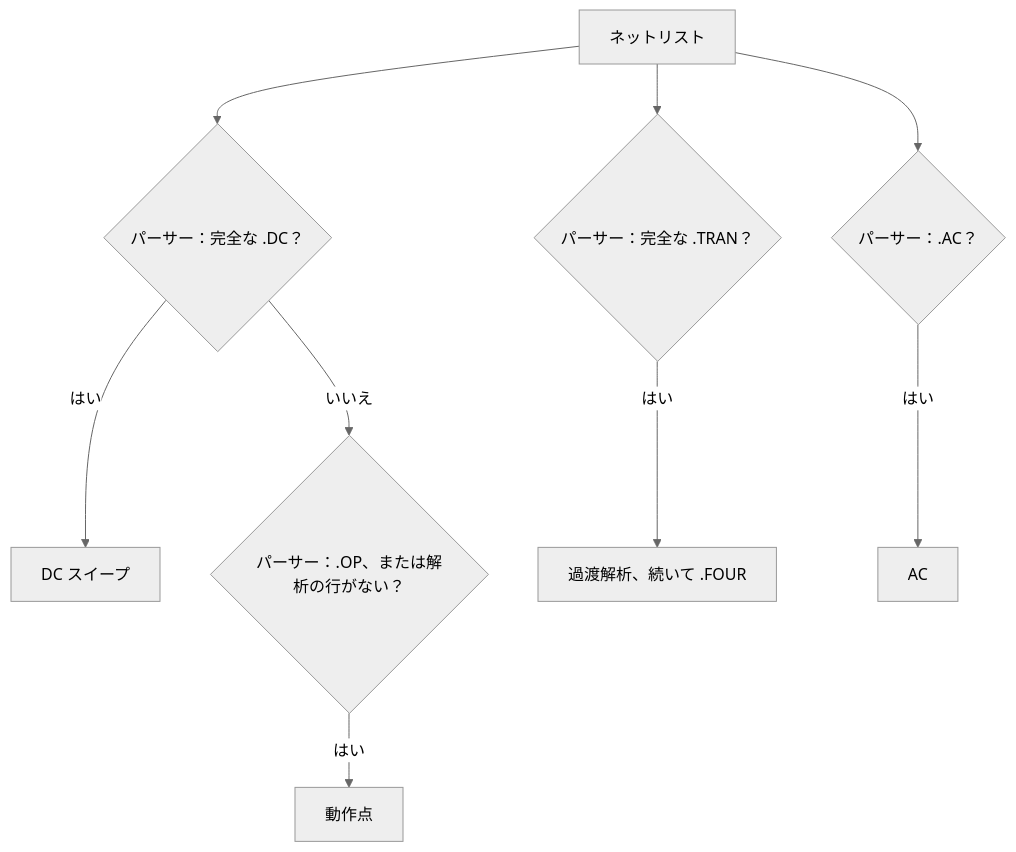
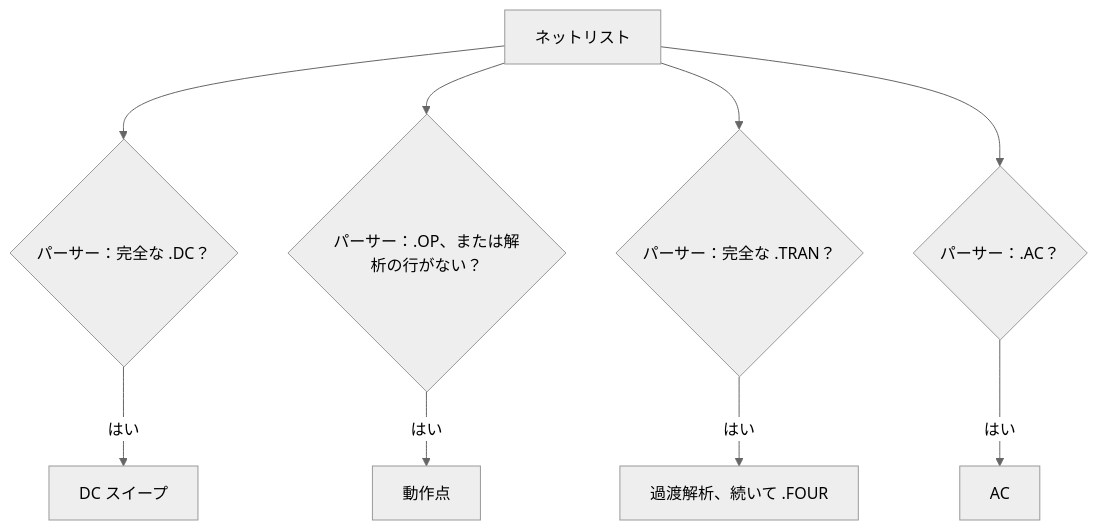
One commit to kurochan001/kirimaspice changed the second of 2 diagrams in docs/REFERENCE_MANUAL.ja.md. Above: the diagram before and after it, drawn with Mermaid (neutral theme). The commit also changed other lines of this file and 13 other files, not shown here.

````diff
--- a/docs/REFERENCE_MANUAL.ja.md
+++ b/docs/REFERENCE_MANUAL.ja.md
@@ -429,11 +429,11 @@
 ```mermaid
 flowchart TD
   N[ネットリスト] --> P{"パーサー：完全な .DC？"}
   P -- "はい" --> SW["DC スイープ"]
-  P -- "いいえ" --> S{"パーサー：.OP、または解析の行がない？"}
+  N --> S{"パーサー：.OP、または解析の行がない？"}
   S -- "はい" --> OP["動作点"]
   N --> TS{"パーサー：完全な .TRAN？"}
   TS -- "はい" --> TR["過渡解析、続いて .FOUR"]
   N --> A{"パーサー：.AC？"}
   A -- "はい" --> AC["AC"]
 ```
````
